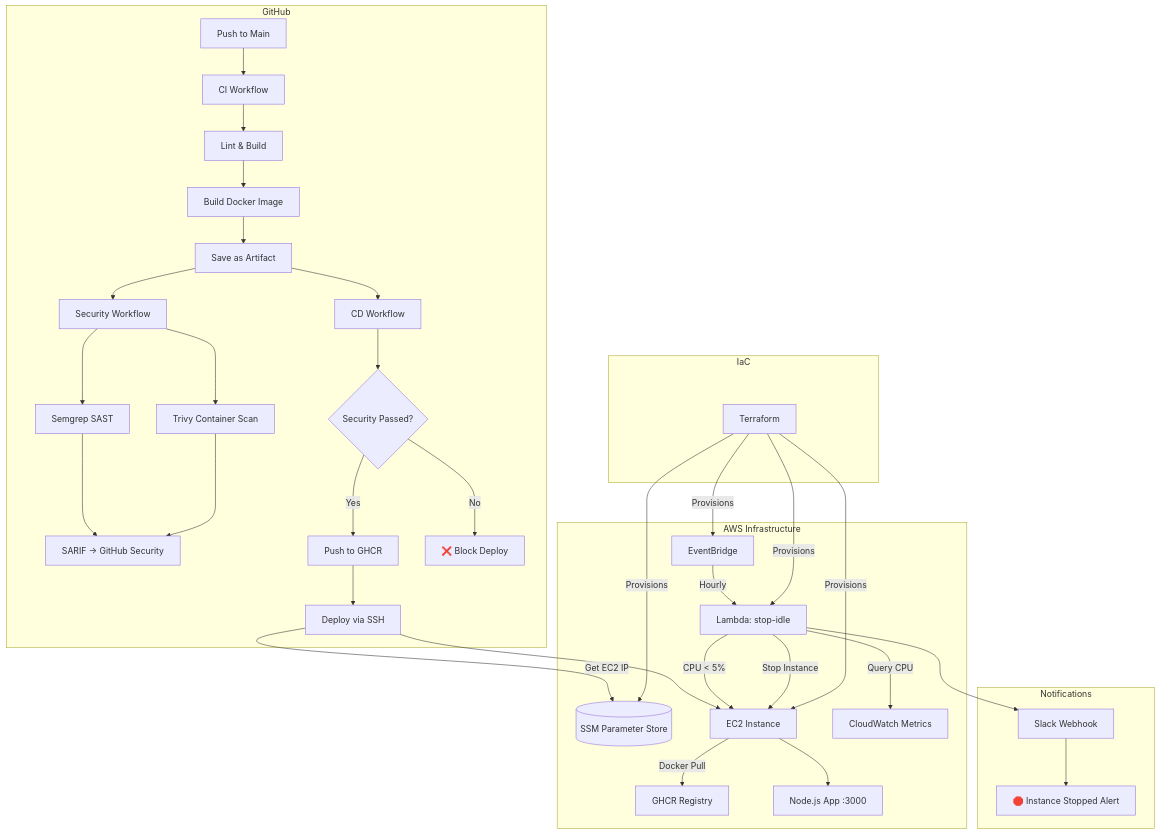
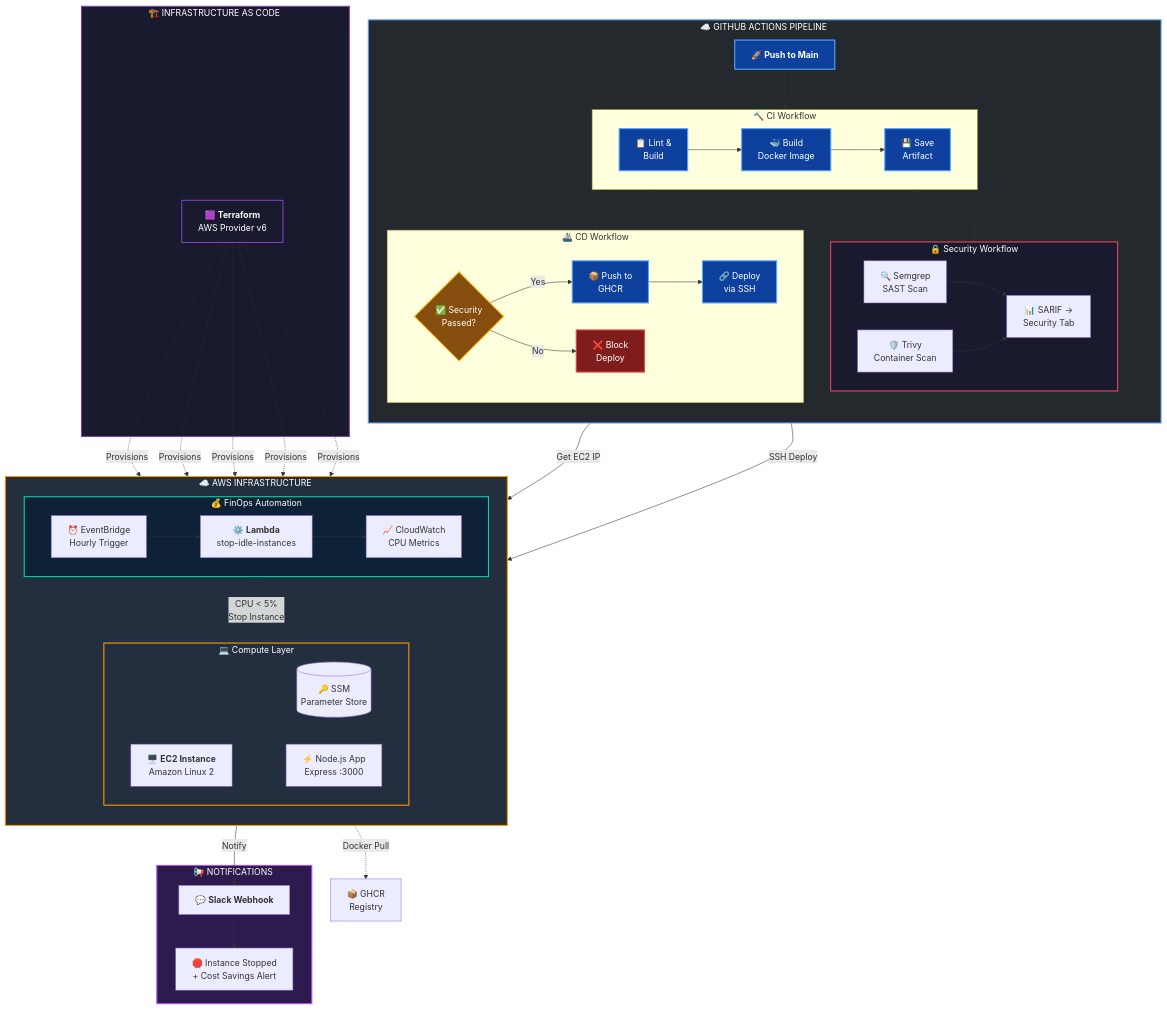
One commit to Anshul-exe/Autonomous-Cloud-Guardian changed the diagram in README.md. Above: the diagram before and after it, drawn with Mermaid. The commit also changed other lines of this file, not shown here.

Commit message:
README.md

````diff
--- a/README.md
+++ b/README.md
@@ -26,45 +26,105 @@
 ```mermaid
 flowchart TB
-    subgraph "GitHub"
-        A[Push to Main] --> B[CI Workflow]
-        B --> B1[Lint & Build]
-        B1 --> B2[Build Docker Image]
-        B2 --> B3[Save as Artifact]
-
-        B3 --> C[Security Workflow]
-        C --> C1[Semgrep SAST]
-        C --> C2[Trivy Container Scan]
-        C1 & C2 --> C3[SARIF → GitHub Security]
-
-        B3 --> D[CD Workflow]
-        D --> D1{Security Passed?}
-        D1 -->|Yes| D2[Push to GHCR]
-        D1 -->|No| D3[❌ Block Deploy]
-        D2 --> D4[Deploy via SSH]
+    subgraph GH["&nbsp;&nbsp;☁️ GITHUB ACTIONS PIPELINE &nbsp;&nbsp;"]
+        direction TB
+        A["🚀 <b>Push to Main</b>"]
+        
+        subgraph CI["&nbsp; 🔨 CI Workflow &nbsp;"]
+            direction LR
+            B1["📋 Lint &<br/>Build"]
+            B2["🐳 Build<br/>Docker Image"]
+            B3["💾 Save<br/>Artifact"]
+            B1 --> B2 --> B3
+        end
+        
+        subgraph SEC["&nbsp; 🔒 Security Workflow &nbsp;"]
+            direction LR
+            C1["🔍 Semgrep<br/>SAST Scan"]
+            C2["🛡️ Trivy<br/>Container Scan"]
+            C3["📊 SARIF →<br/>Security Tab"]
+            C1 --> C3
+            C2 --> C3
+        end
+        
+        subgraph CD["&nbsp; 🚢 CD Workflow &nbsp;"]
+            direction LR
+            D1{"✅ Security<br/>Passed?"}
+            D2["📦 Push to<br/>GHCR"]
+            D3["❌ Block<br/>Deploy"]
+            D4["🔗 Deploy<br/>via SSH"]
+            D1 -->|"Yes"| D2
+            D1 -->|"No"| D3
+            D2 --> D4
+        end
+        
+        A --> CI
+        CI --> SEC
+        CI --> CD
     end
 
-    subgraph "AWS Infrastructure"
-        SSM[(SSM Parameter Store)]
-        D4 --> |Get EC2 IP| SSM
-        D4 --> EC2[EC2 Instance]
-        EC2 --> |Docker Pull| GHCR[GHCR Registry]
-        EC2 --> APP[Node.js App :3000]
-
-        EB[EventBridge] -->|Hourly| LAMBDA[Lambda: stop-idle]
-        LAMBDA --> |Query CPU| CW[CloudWatch Metrics]
-        LAMBDA -->|CPU < 5%| EC2
-        LAMBDA -->|Stop Instance| EC2
+    subgraph AWS["&nbsp;&nbsp;☁️ AWS INFRASTRUCTURE &nbsp;&nbsp;"]
+        direction TB
+        
+        subgraph COMPUTE["&nbsp; 💻 Compute Layer &nbsp;"]
+            direction LR
+            SSM[("🔑 SSM<br/>Parameter Store")]
+            EC2["🖥️ <b>EC2 Instance</b><br/>Amazon Linux 2"]
+            APP["⚡ Node.js App<br/>Express :3000"]
+            EC2 --> APP
+        end
+        
+        subgraph FINOPS["&nbsp; 💰 FinOps Automation &nbsp;"]
+            direction LR
+            EB["⏰ EventBridge<br/>Hourly Trigger"]
+            LAMBDA["⚙️ <b>Lambda</b><br/>stop-idle-instances"]
+            CW["📈 CloudWatch<br/>CPU Metrics"]
+            EB --> LAMBDA
+            LAMBDA --> CW
+        end
+        
+        LAMBDA -->|"CPU < 5%<br/>Stop Instance"| EC2
     end
 
-    subgraph "Notifications"
-        LAMBDA --> SLACK[Slack Webhook]
-        SLACK --> ALERT[🛑 Instance Stopped Alert]
+    subgraph NOTIFY["&nbsp;&nbsp;📢 NOTIFICATIONS &nbsp;&nbsp;"]
+        SLACK["💬 <b>Slack Webhook</b>"]
+        ALERT["🛑 Instance Stopped<br/>+ Cost Savings Alert"]
+        SLACK --> ALERT
     end
 
-    subgraph "IaC"
-        TF[Terraform] --> |Provisions| EC2
-        TF --> |Provisions| LAMBDA
-        TF --> |Provisions| SSM
-        TF --> |Provisions| EB
+    subgraph IAC["&nbsp;&nbsp;🏗️ INFRASTRUCTURE AS CODE &nbsp;&nbsp;"]
+        TF["🟪 <b>Terraform</b><br/>AWS Provider v6"]
     end
+
+    D4 -->|"Get EC2 IP"| SSM
+    D4 -->|"SSH Deploy"| EC2
+    EC2 -.->|"Docker Pull"| GHCR["📦 GHCR<br/>Registry"]
+    
+    LAMBDA -->|"Notify"| SLACK
+    
+    TF -.->|"Provisions"| EC2
+    TF -.->|"Provisions"| LAMBDA
+    TF -.->|"Provisions"| SSM
+    TF -.->|"Provisions"| EB
+    TF -.->|"Provisions"| CW
+
+    %% Styling
+    classDef github fill:#24292e,stroke:#58a6ff,stroke-width:2px,color:#fff
+    classDef aws fill:#232f3e,stroke:#ff9900,stroke-width:2px,color:#fff
+    classDef security fill:#1a1a2e,stroke:#e94560,stroke-width:2px,color:#fff
+    classDef finops fill:#0d2137,stroke:#00d4aa,stroke-width:2px,color:#fff
+    classDef notify fill:#2d1b4e,stroke:#a855f7,stroke-width:2px,color:#fff
+    classDef terraform fill:#1a1a2e,stroke:#7b42bc,stroke-width:2px,color:#fff
+    classDef action fill:#0d419d,stroke:#58a6ff,stroke-width:2px,color:#fff
+    classDef decision fill:#854d0e,stroke:#fbbf24,stroke-width:2px,color:#fff
+    classDef danger fill:#7f1d1d,stroke:#ef4444,stroke-width:2px,color:#fff
+    
+    class GH github
+    class AWS,COMPUTE aws
+    class SEC security
+    class FINOPS finops
+    class NOTIFY notify
+    class IAC,TF terraform
+    class A,B1,B2,B3,D2,D4 action
+    class D1 decision
+    class D3 danger
 ```
````
